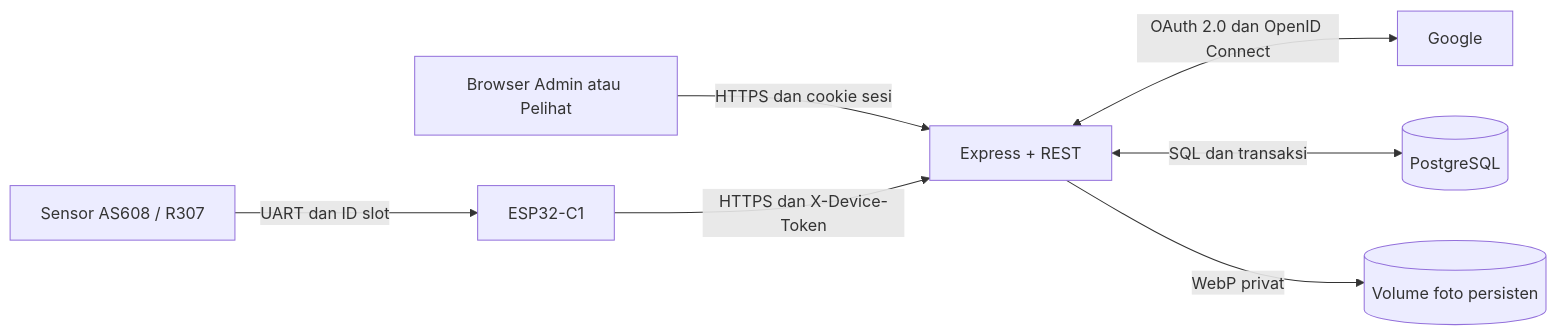
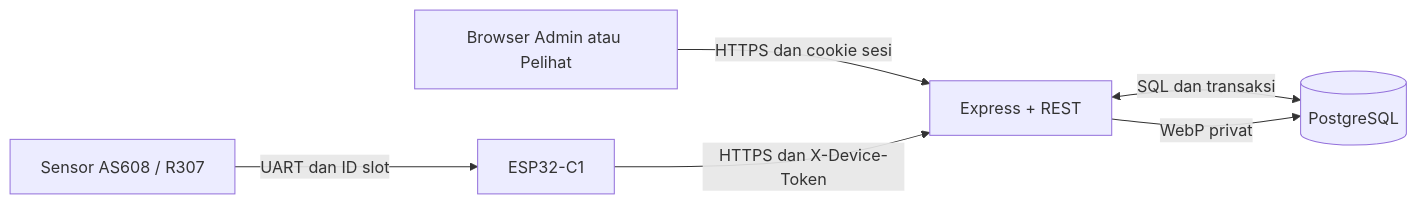
The diagram in ARCHITECTURE.md (Xgamings11X/elite-lab-operations), drawn with Mermaid before and after one commit. The commit also changed other lines of this file and 30 other files, not shown here.

````diff
--- a/ARCHITECTURE.md
+++ b/ARCHITECTURE.md
@@ -3,9 +3,8 @@
 ```mermaid
 flowchart LR
   U[Browser Admin atau Pelihat] -->|HTTPS dan cookie sesi| API[Express + REST]
-  API <-->|OAuth 2.0 dan OpenID Connect| G[Google]
   API <-->|SQL dan transaksi| DB[(PostgreSQL)]
-  API -->|WebP privat| V[(Volume foto persisten)]
+  API -->|WebP privat| DB
   S[Sensor AS608 / R307] -->|UART dan ID slot| I[ESP32-C1]
   I -->|HTTPS dan X-Device-Token| API
 ```
````
